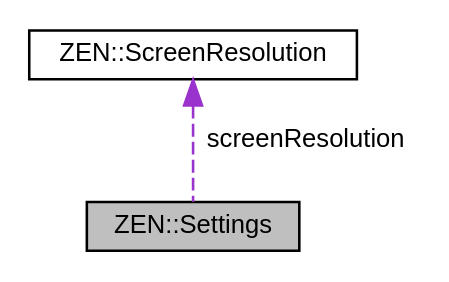
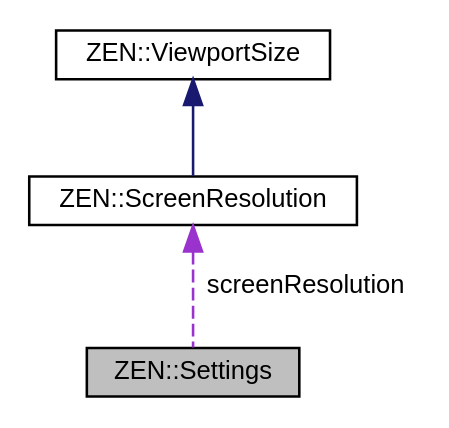
One commit to markhj/zeronetics changed the diagram in structZEN_1_1Settings__coll__graph.dot. Above: the diagram before and after it, drawn with Graphviz. The commit also changed 249 other files, not shown here.

```diff
--- a/structZEN_1_1Settings__coll__graph.dot
+++ b/structZEN_1_1Settings__coll__graph.dot
@@ -1,9 +1,11 @@
 digraph "ZEN::Settings"
 {
  // LATEX_PDF_SIZE
   edge [fontname="Helvetica",fontsize="10",labelfontname="Helvetica",labelfontsize="10"];
   node [fontname="Helvetica",fontsize="10",shape=record];
   Node1 [label="ZEN::Settings",height=0.2,width=0.4,color="black", fillcolor="grey75", style="filled", fontcolor="black",tooltip=" "];
   Node2 -> Node1 [dir="back",color="darkorchid3",fontsize="10",style="dashed",label=" screenResolution" ,fontname="Helvetica"];
   Node2 [label="ZEN::ScreenResolution",height=0.2,width=0.4,color="black", fillcolor="white", style="filled",URL="$structZEN_1_1ScreenResolution.html",tooltip=" "];
+  Node3 -> Node2 [dir="back",color="midnightblue",fontsize="10",style="solid",fontname="Helvetica"];
+  Node3 [label="ZEN::ViewportSize",height=0.2,width=0.4,color="black", fillcolor="white", style="filled",URL="$structZEN_1_1ViewportSize.html",tooltip=" "];
 }
```
